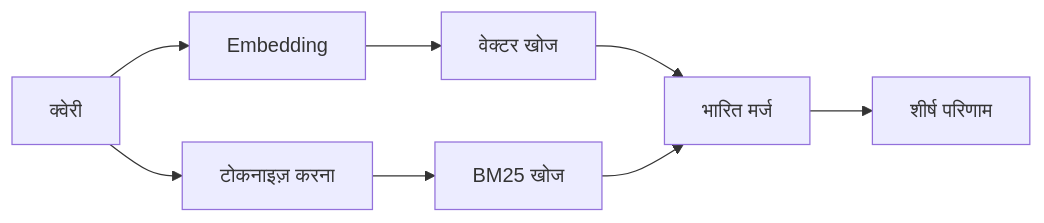
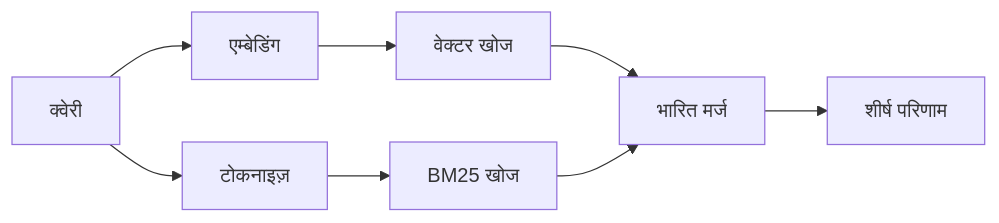
Before and after one commit to openclaw/docs: the diagram in docs/hi/concepts/memory-search.md, drawn with Mermaid. The commit also changed other lines of this file and 1235 other files, not shown here.

````diff
--- a/docs/hi/concepts/memory-search.md
+++ b/docs/hi/concepts/memory-search.md
@@ -79,10 +79,10 @@
 ```mermaid
 flowchart LR
-    Q["क्वेरी"] --> E["Embedding"]
-    Q --> T["टोकनाइज़ करना"]
+    Q["क्वेरी"] --> E["एम्बेडिंग"]
+    Q --> T["टोकनाइज़"]
     E --> VS["वेक्टर खोज"]
     T --> BM["BM25 खोज"]
     VS --> M["भारित मर्ज"]
     BM --> M
     M --> R["शीर्ष परिणाम"]
 ```
````
